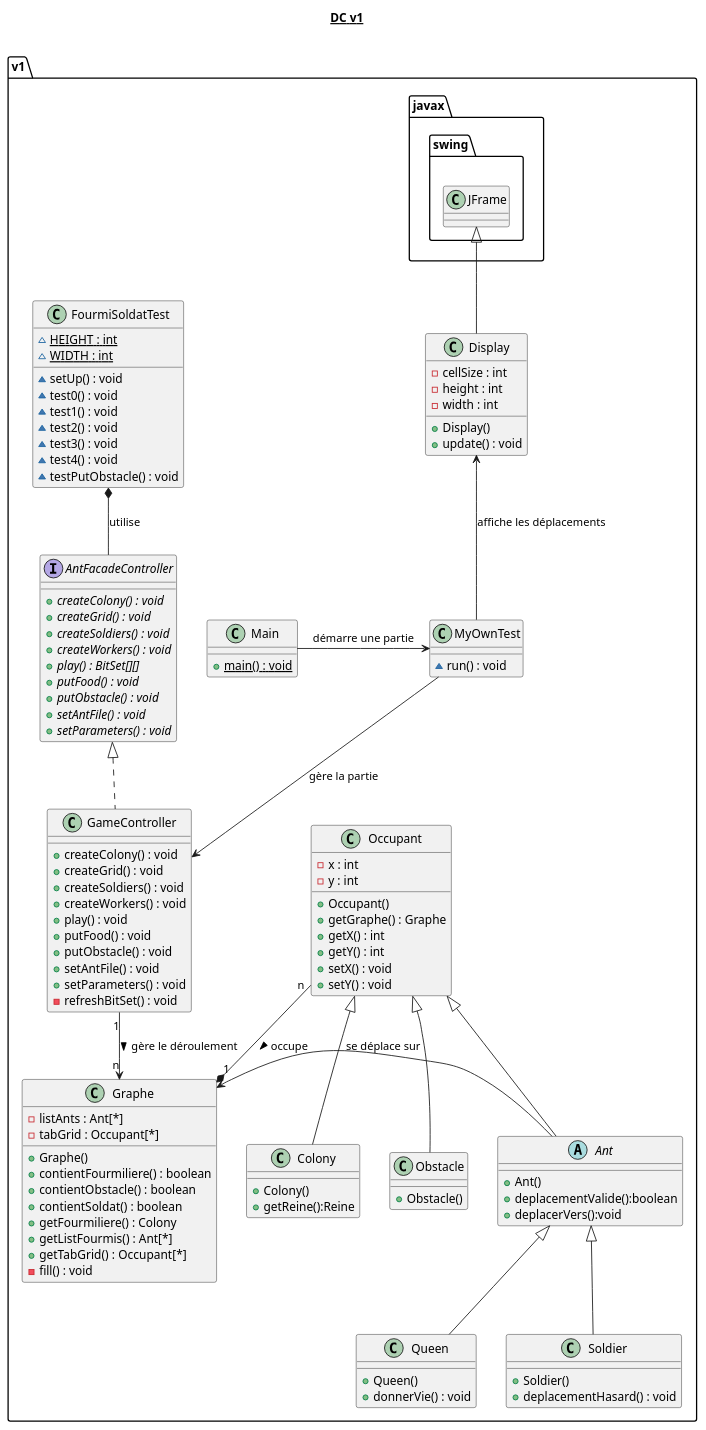
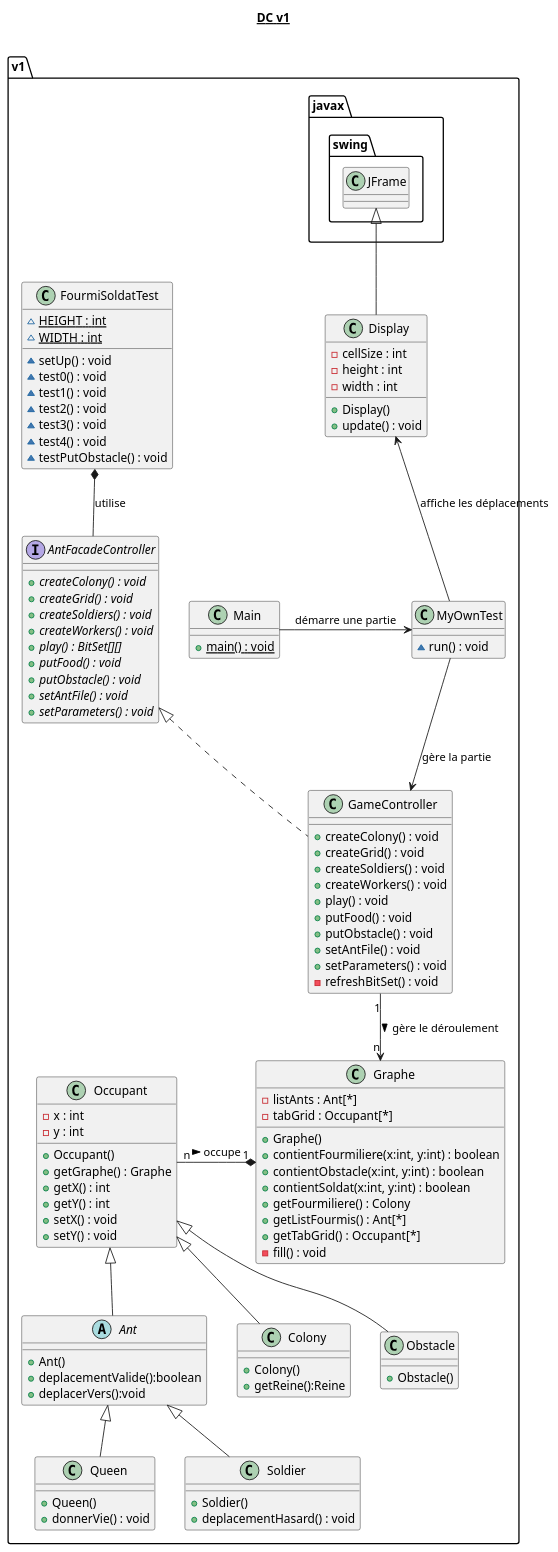
One commit to BaptisteWetterwald/dut-fourmis changed the diagram in src/main/uml/DC_Final_v1.puml. Above: the diagram before and after it, drawn with PlantUML.

Commit message:
Correction DC v1

```diff
--- a/src/main/uml/DC_Final_v1.puml
+++ b/src/main/uml/DC_Final_v1.puml
@@ -1,135 +1,130 @@
 @startuml
 
 title __DC v1__\n
 
 namespace v1 {
 
     abstract class Ant extends Occupant
     {
         + Ant()
         + deplacementValide():boolean
         + deplacerVers():void
     }
 
     interface AntFacadeController
     {
         {abstract} + createColony() : void
         {abstract} + createGrid() : void
         {abstract} + createSoldiers() : void
         {abstract} + createWorkers() : void
         {abstract} + play() : BitSet[][]
         {abstract} + putFood() : void
         {abstract} + putObstacle() : void
         {abstract} + setAntFile() : void
         {abstract} + setParameters() : void
     }
 
     class Colony extends Occupant
     {
         + Colony()
         + getReine():Reine
     }
   
 
     class Display extends javax.swing.JFrame
     {
         - cellSize : int
         - height : int
         - width : int
         + Display()
         + update() : void
     }
 
     class FourmiSoldatTest
     {
         {static} ~ HEIGHT : int
         {static} ~ WIDTH : int
         ~ setUp() : void
         ~ test0() : void
         ~ test1() : void
         ~ test2() : void
         ~ test3() : void
         ~ test4() : void
         ~ testPutObstacle() : void
     }
 
     class GameController implements AntFacadeController
     {
         + createColony() : void
         + createGrid() : void
         + createSoldiers() : void
         + createWorkers() : void
         + play() : void
         + putFood() : void
         + putObstacle() : void
         + setAntFile() : void
         + setParameters() : void
         - refreshBitSet() : void
     }
 
     class Graphe
     {
         - listAnts : Ant[*]
         - tabGrid : Occupant[*]
         + Graphe()
-        + contientFourmiliere() : boolean
-        + contientObstacle() : boolean
-        + contientSoldat() : boolean
+        + contientFourmiliere(x:int, y:int) : boolean
+        + contientObstacle(x:int, y:int) : boolean
+        + contientSoldat(x:int, y:int) : boolean
         + getFourmiliere() : Colony
         + getListFourmis() : Ant[*]
         + getTabGrid() : Occupant[*]
         - fill() : void
     }
-  
 
     class Main
     {
         {static} + main() : void
     }
 
     class MyOwnTest
     {
         ~ run() : void
     }
 
     class Obstacle extends Occupant
     {
         + Obstacle()
     }
 
     class Occupant
     {
         - x : int
         - y : int
         + Occupant()
         + getGraphe() : Graphe
         + getX() : int
         + getY() : int
         + setX() : void
         + setY() : void
     }
   
-
     class Queen extends Ant
     {
         + Queen()
         + donnerVie() : void
     }
-  
 
     class Soldier extends Ant
     {
         + Soldier()
         + deplacementHasard() : void
     }
-  
 
     Main -> MyOwnTest : démarre une partie
     MyOwnTest -up-> Display : affiche les déplacements
     MyOwnTest --> GameController : gère la partie
     FourmiSoldatTest *-- AntFacadeController : utilise
     GameController "1" --> "n" Graphe : gère le déroulement >
     Occupant "n" -* "1" Graphe : occupe >
-    Ant -> Graphe : se déplace sur
 }
 @enduml
```
